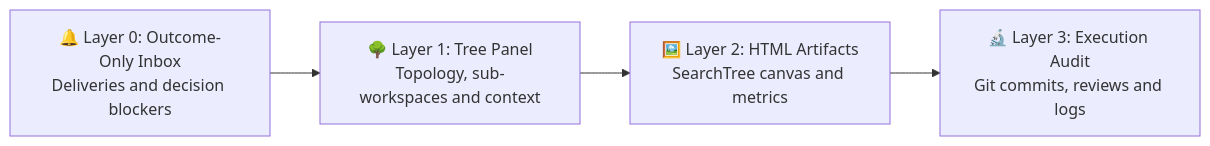
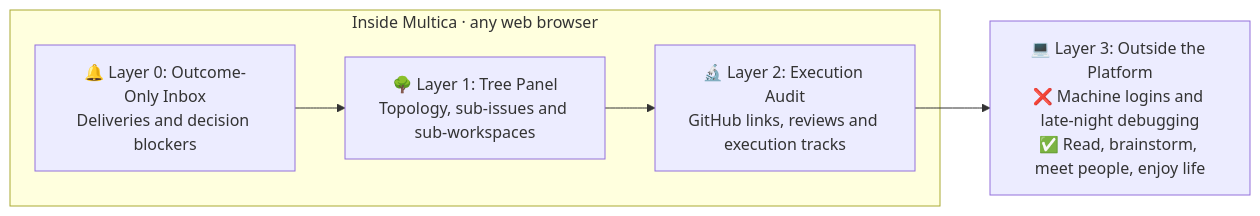
The first of 2 diagrams in README.md (Winfred666/multica-RSI), drawn with Mermaid before and after one commit. The commit also changed other lines of this file and 15 other files, not shown here.

````diff
--- a/README.md
+++ b/README.md
@@ -23,6 +24,8 @@
 ```mermaid
 flowchart LR
-    L0["🔔 Layer 0: Outcome-Only Inbox<br/>Deliveries and decision blockers"] --> L1["🌳 Layer 1: Tree Panel<br/>Topology, sub-workspaces and context"]
-    L1 --> L2["🖼️ Layer 2: HTML Artifacts<br/>SearchTree canvas and metrics"]
-    L2 --> L3["🔬 Layer 3: Execution Audit<br/>Git commits, reviews and logs"]
+    subgraph Web["Inside Multica · any web browser"]
+        L0["🔔 Layer 0: Outcome-Only Inbox<br/>Deliveries and decision blockers"] --> L1["🌳 Layer 1: Tree Panel<br/>Topology, sub-issues and sub-workspaces"]
+        L1 --> L2["🔬 Layer 2: Execution Audit<br/>GitHub links, reviews and execution tracks"]
+    end
+    L2 --> L3["💻 Layer 3: Outside the Platform<br/>❌ Machine logins and late-night debugging<br/>✅ Read, brainstorm, meet people, enjoy life"]
 ```
````
